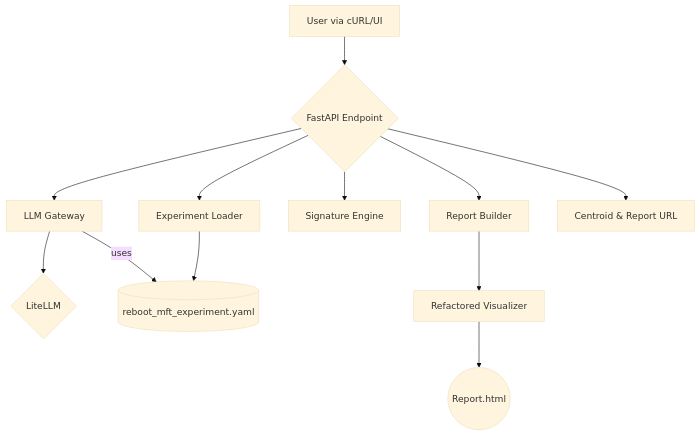
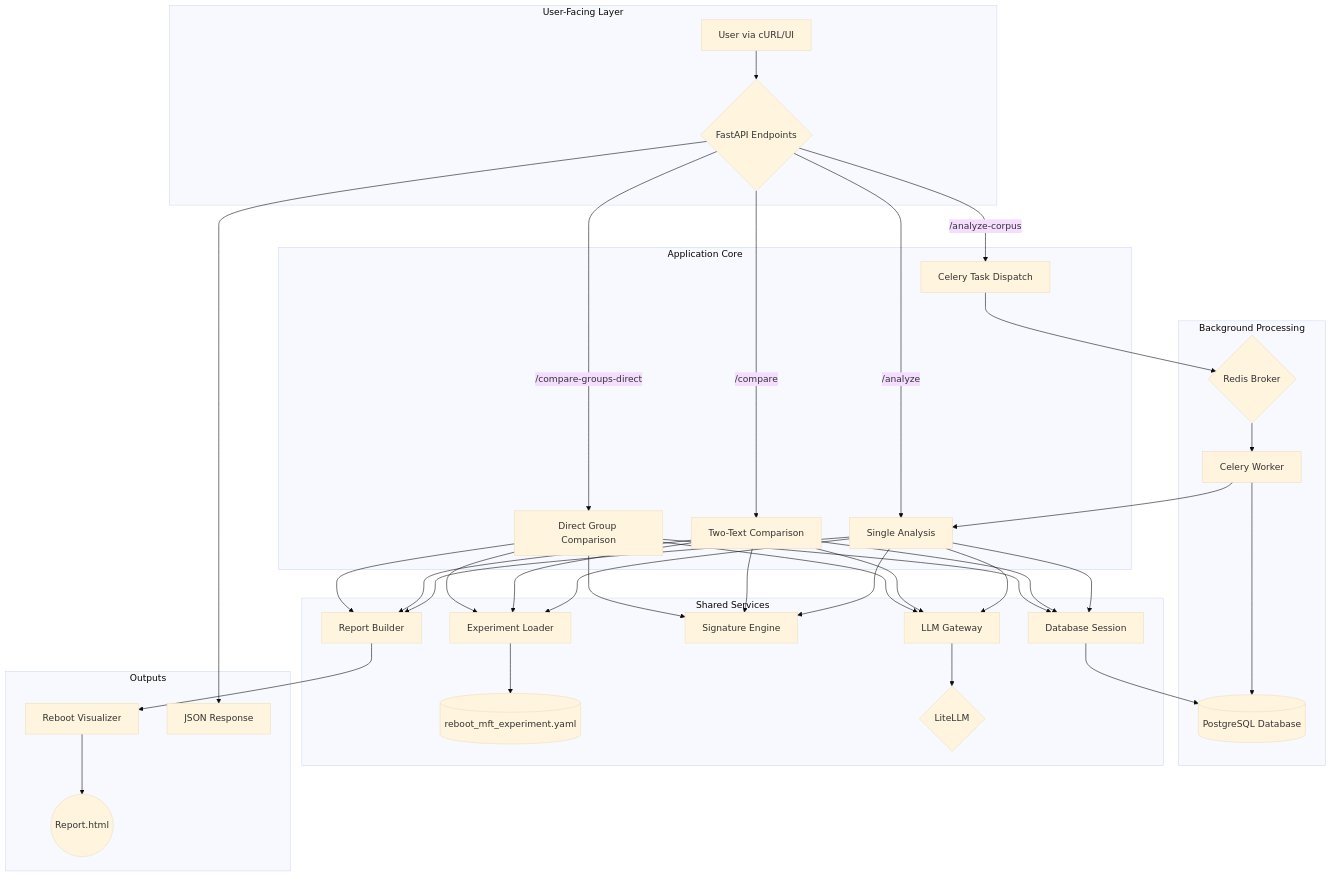
One commit to discernus/discernus changed the diagram in src/reboot/pm/03_mvp_plan.md. Above: the diagram before and after it, drawn with Mermaid (base theme). The commit also changed other lines of this file and 16 other files, not shown here.

First line of the commit message:
feat: Implement PostgreSQL persistence layer for reboot system

````diff
--- a/src/reboot/pm/03_mvp_plan.md
+++ b/src/reboot/pm/03_mvp_plan.md
@@ -13,14 +13,37 @@
 ```mermaid
 graph TD
-    A[User via cURL/UI] --> B{FastAPI Endpoint};
-    B --> C[LLM Gateway];
-    C --> D{LiteLLM};
-    B --> E[Experiment Loader];
-    E --> F[(reboot_mft_experiment.yaml)];
-    C -- uses --> F;
-    B --> G[Signature Engine];
-    B --> H[Report Builder];
-    H --> I[Refactored Visualizer];
-    I --> J((Report.html));
-    B --> K[Centroid & Report URL];
+    subgraph "User-Facing Layer"
+        A[User via cURL/UI] --> B{FastAPI Endpoints};
+    end
+
+    subgraph "Application Core"
+        B -- "/analyze" --> S1[Single Analysis];
+        B -- "/compare" --> S2[Two-Text Comparison];
+        B -- "/compare-groups-direct" --> S3[Direct Group Comparison];
+        B -- "/analyze-corpus" --> T[Celery Task Dispatch];
+    end
+
+    subgraph "Background Processing"
+        T --> W{Redis Broker};
+        W --> C[Celery Worker];
+        C --> S1;
+        C --> DB[(PostgreSQL Database)];
+    end
+
+    subgraph "Shared Services"
+        S1 & S2 & S3 --> E[Experiment Loader];
+        E --> F[(reboot_mft_experiment.yaml)];
+        S1 & S2 & S3 --> LG[LLM Gateway];
+        LG --> D{LiteLLM};
+        S1 & S2 & S3 --> SE[Signature Engine];
+        S1 & S2 & S3 --> RB[Report Builder];
+        S1 & S2 & S3 --> DBS[Database Session];
+        DBS --> DB;
+    end
+    
+    subgraph "Outputs"
+        RB --> RV[Reboot Visualizer];
+        RV --> J((Report.html));
+        B --> K[JSON Response];
+    end
 ```
````
